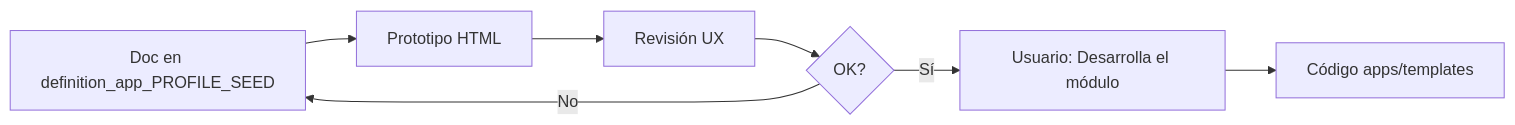
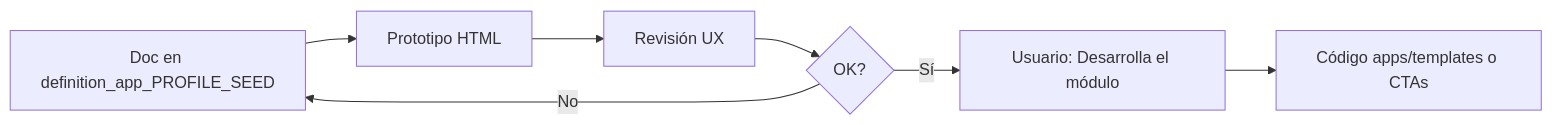
Before and after one commit to IrvingSAP/DynamicWorkspace_Railway: the diagram in docs/definition_app_PROFILE_SEED/README.md, drawn with Mermaid. The commit also changed other lines of this file and 31 other files, not shown here.

````diff
--- a/docs/definition_app_PROFILE_SEED/README.md
+++ b/docs/definition_app_PROFILE_SEED/README.md
@@ -18,9 +19,9 @@
 ```mermaid
 flowchart LR
     A[Doc en definition_app_PROFILE_SEED] --> B[Prototipo HTML]
     B --> C[Revisión UX]
     C --> D{OK?}
     D -->|No| A
     D -->|Sí| E[Usuario: Desarrolla el módulo]
-    E --> F[Código apps/templates]
+    E --> F[Código apps/templates o CTAs]
 ```
````
